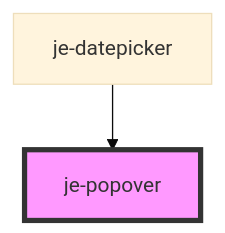
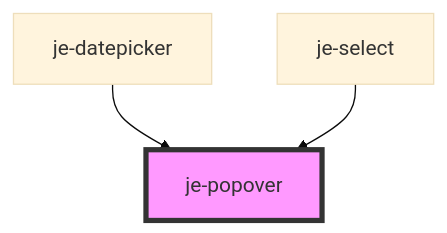
One commit to pgreen00/jebamo changed the diagram in packages/docs/docs/components/je-popover/readme.md. Above: the diagram before and after it, drawn with Mermaid (base theme). The commit also changed other lines of this file and 16 other files, not shown here.

````diff
--- a/packages/docs/docs/components/je-popover/readme.md
+++ b/packages/docs/docs/components/je-popover/readme.md
@@ -82,5 +85,6 @@
 ```mermaid
 graph TD;
   je-datepicker --> je-popover
+  je-select --> je-popover
   style je-popover fill:#f9f,stroke:#333,stroke-width:4px
 ```
````
